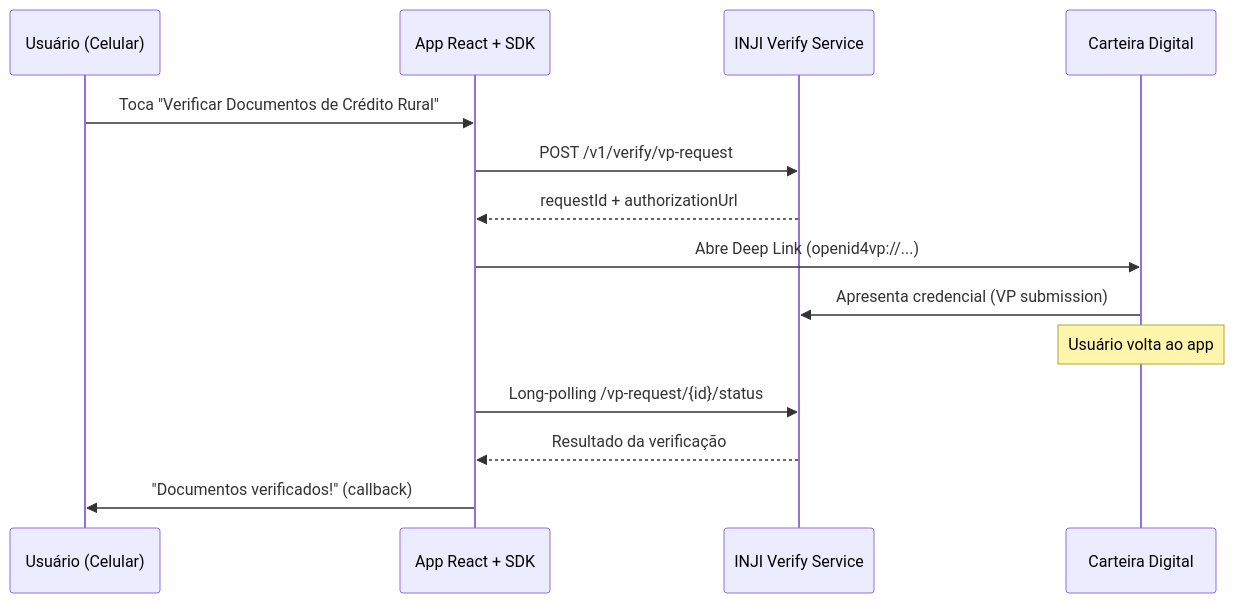
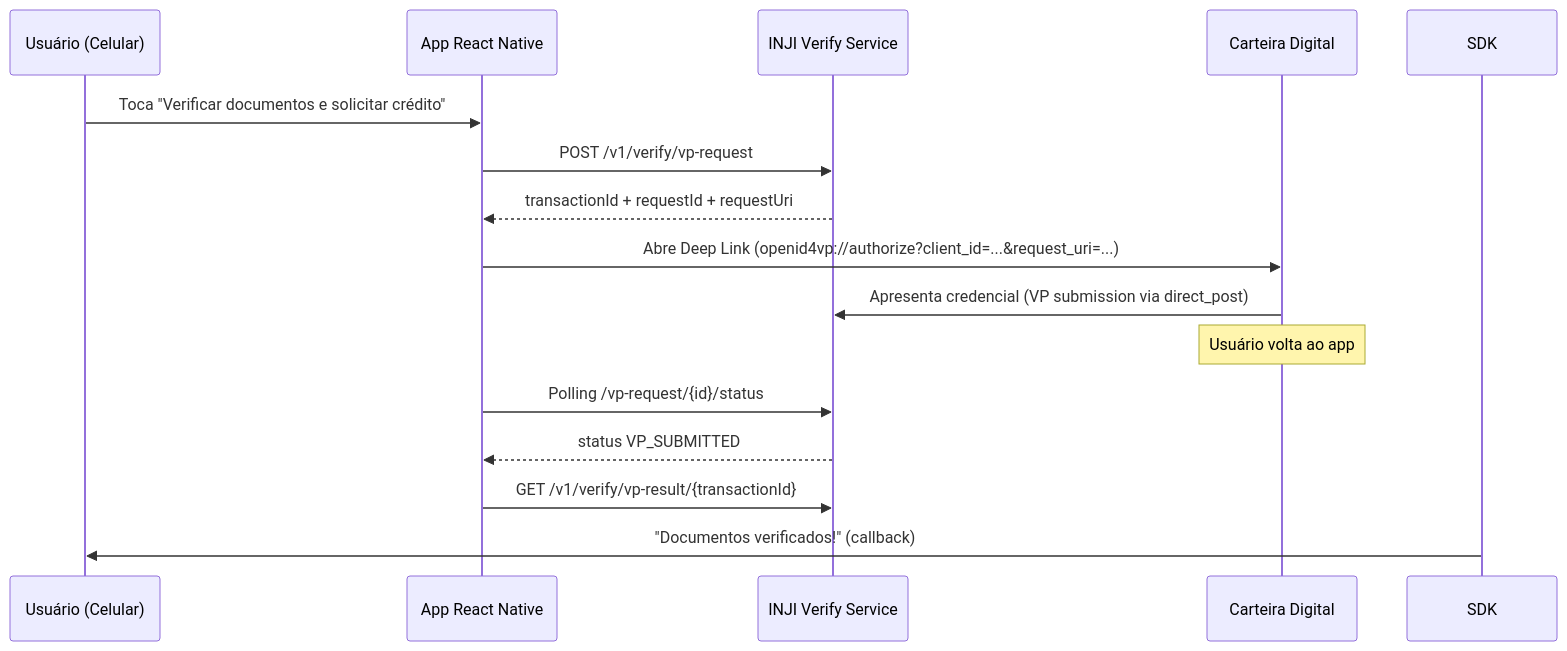
The second of 2 diagrams in fluxo-verificacao.qmd (infraestrutura-digital/verifica-docs-rural_dev), drawn with Mermaid before and after one commit. The commit also changed other lines of this file and 28 other files, not shown here.

````diff
--- a/fluxo-verificacao.qmd
+++ b/fluxo-verificacao.qmd
@@ -32,17 +33,18 @@
 ```{mermaid}
 sequenceDiagram
     participant U as Usuário (Celular)
-    participant SDK as App React + SDK
+    participant A as App React Native
     participant VS as INJI Verify Service
     participant W as Carteira Digital
 
-    U->>SDK: Toca "Verificar Documentos de Crédito Rural"
-    SDK->>VS: POST /v1/verify/vp-request
-    VS-->>SDK: requestId + authorizationUrl
-    SDK->>W: Abre Deep Link (openid4vp://...)
-    W->>VS: Apresenta credencial (VP submission)
+    U->>A: Toca "Verificar documentos e solicitar crédito"
+    A->>VS: POST /v1/verify/vp-request
+    VS-->>A: transactionId + requestId + requestUri
+    A->>W: Abre Deep Link (openid4vp://authorize?client_id=...&request_uri=...)
+    W->>VS: Apresenta credencial (VP submission via direct_post)
     Note over W: Usuário volta ao app
-    SDK->>VS: Long-polling /vp-request/{id}/status
-    VS-->>SDK: Resultado da verificação
+    A->>VS: Polling /vp-request/{id}/status
+    VS-->>A: status VP_SUBMITTED
+    A->>VS: GET /v1/verify/vp-result/{transactionId}
     SDK->>U: "Documentos verificados!" (callback)
 ```
````
